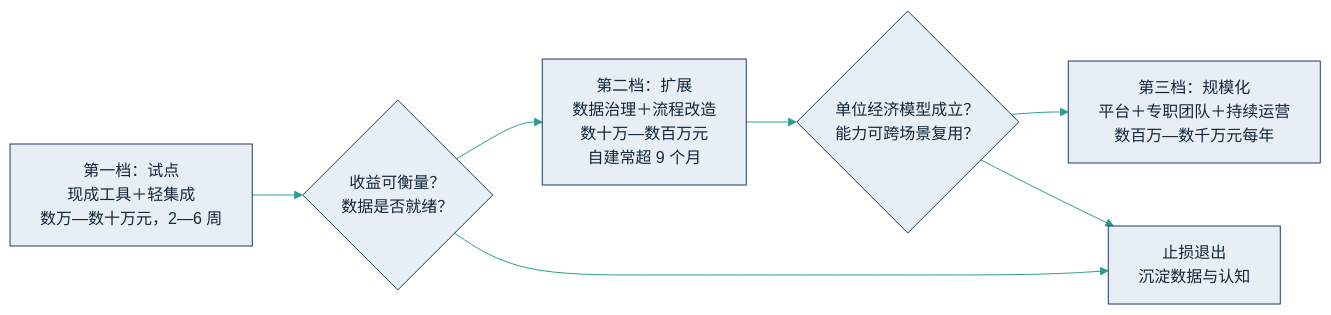
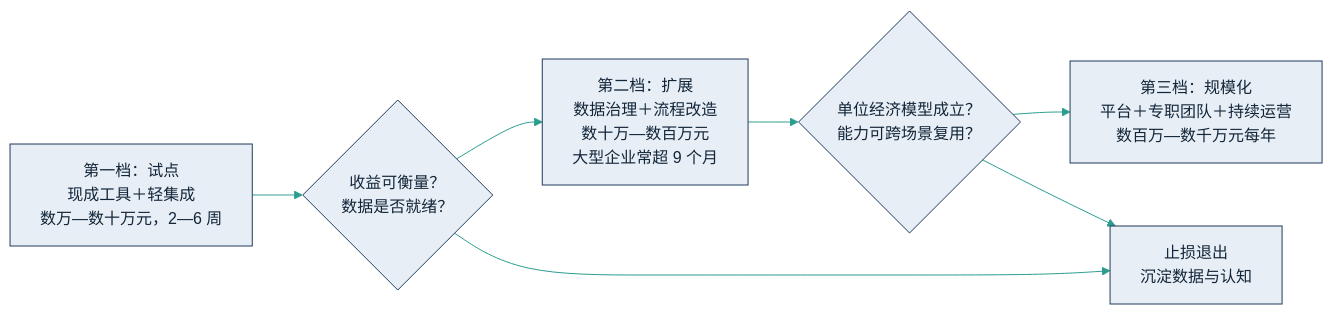
One commit to yeasy/ai_for_business_school changed the diagram in 07_value/7.4_budget.md. Above: the diagram before and after it, drawn with Mermaid. The commit also changed other lines of this file and 20 other files, not shown here.

````diff
--- a/07_value/7.4_budget.md
+++ b/07_value/7.4_budget.md
@@ -27,16 +27,16 @@
 ```mermaid
 %%{init: {"theme":"base","themeVariables":{"primaryColor":"#e8eef5","primaryBorderColor":"#1f3b5c","primaryTextColor":"#12263a","secondaryColor":"#e3f2ef","tertiaryColor":"#f7ecd4","lineColor":"#2a9d8f","fontFamily":"PingFang SC,Hiragino Sans GB,Microsoft YaHei,sans-serif"}}}%%
 flowchart LR
     T1["第一档：试点<br/>现成工具＋轻集成<br/>数万—数十万元，2—6 周"]
     G1{"收益可衡量？<br/>数据是否就绪？"}
-    T2["第二档：扩展<br/>数据治理＋流程改造<br/>数十万—数百万元<br/>自建常超 9 个月"]
+    T2["第二档：扩展<br/>数据治理＋流程改造<br/>数十万—数百万元<br/>大型企业常超 9 个月"]
     G2{"单位经济模型成立？<br/>能力可跨场景复用？"}
     T3["第三档：规模化<br/>平台＋专职团队＋持续运营<br/>数百万—数千万元每年"]
     STOP["止损退出<br/>沉淀数据与认知"]
     T1 --> G1
     G1 --> T2
     G1 --> STOP
     T2 --> G2
     G2 --> T3
     G2 --> STOP
 ```
````
